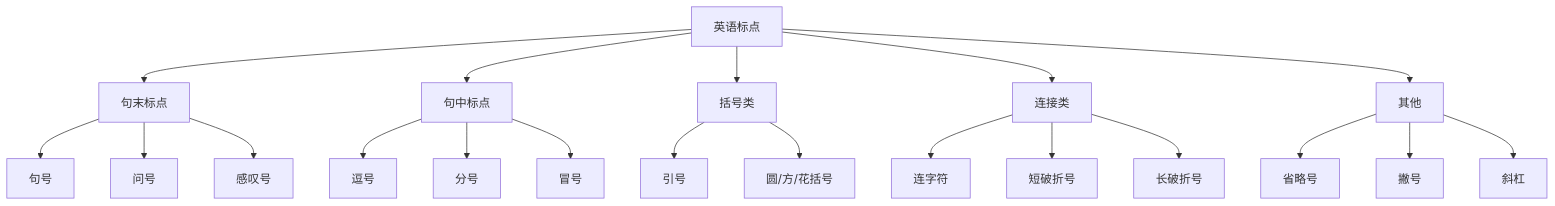
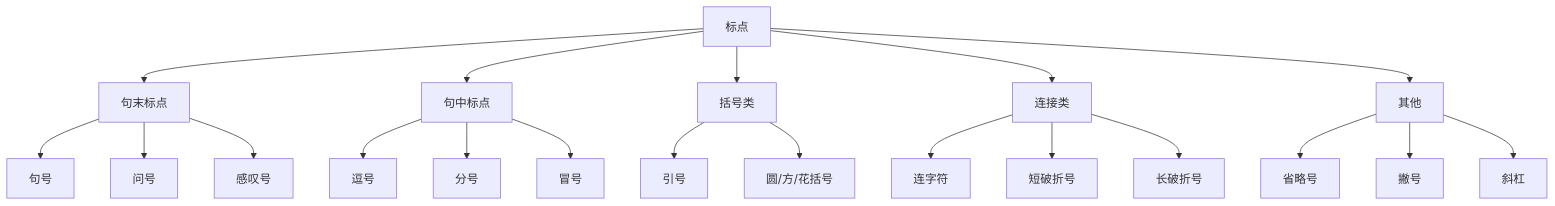
Before and after one commit to lailai0916/lailai0916.github.io: the diagram in docs/note/english/grammar/sentences/punctuation.mdx, drawn with Mermaid. The commit also changed other lines of this file, not shown here.

````diff
--- a/docs/note/english/grammar/sentences/punctuation.mdx
+++ b/docs/note/english/grammar/sentences/punctuation.mdx
@@ -269,22 +269,22 @@
 ```mermaid
 graph TD;
-    A[英语标点] --> B1[句末标点];
+    A[标点] --> B1[句末标点];
     A --> B2[句中标点];
     A --> B3[括号类];
     A --> B4[连接类];
     A --> B5[其他];
     B1 --> C1[句号];
     B1 --> C2[问号];
     B1 --> C3[感叹号];
     B2 --> C4[逗号];
     B2 --> C5[分号];
     B2 --> C6[冒号];
     B3 --> C7[引号];
     B3 --> C8[圆/方/花括号];
     B4 --> C9[连字符];
     B4 --> C10[短破折号];
     B4 --> C11[长破折号];
     B5 --> C12[省略号];
     B5 --> C13[撇号];
     B5 --> C14[斜杠];
 ```
````
